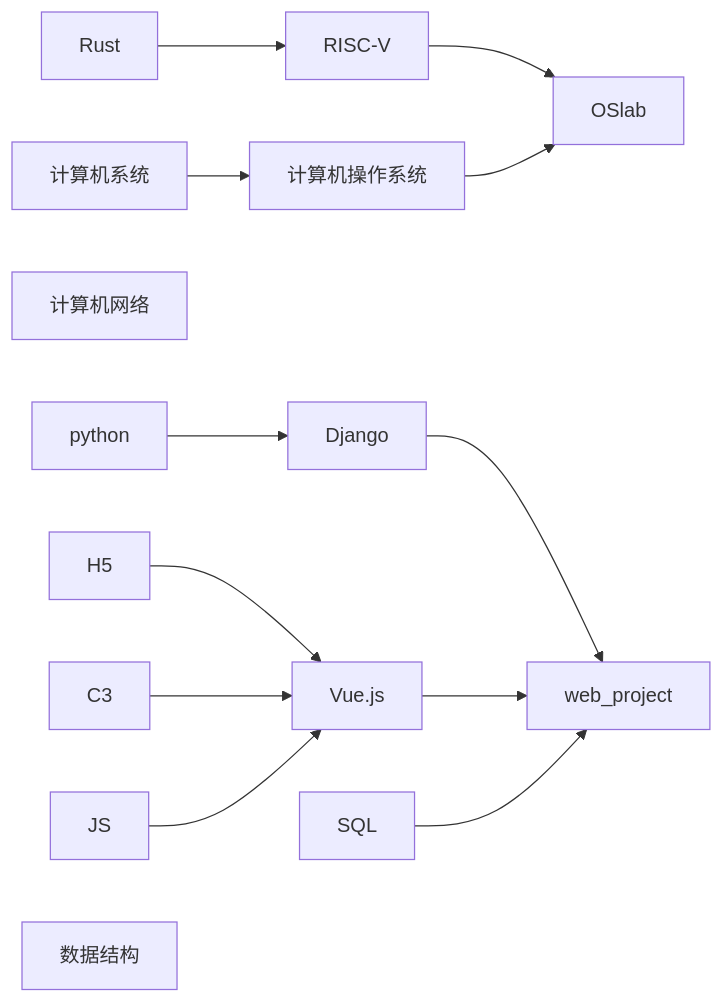
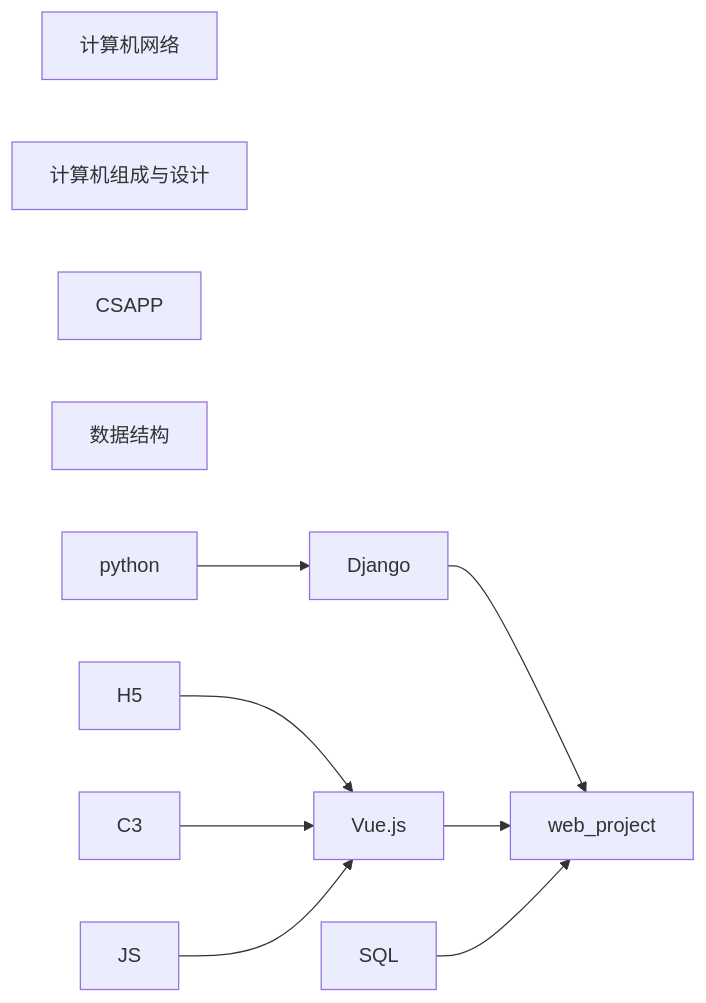
Before and after one commit to Real-king-Ph/rkNote: the diagram in index.md, drawn with Mermaid. The commit also changed other lines of this file, not shown here.

````diff
--- a/index.md
+++ b/index.md
@@ -31,11 +31,10 @@
 ```mermaid
 flowchart LR
-Rust --> RISC-V 
-计算机系统 --> 计算机操作系统
-RISC-V & 计算机操作系统 --> OSlab
 计算机网络
+计算机组成与设计
+CSAPP
+数据结构
 python --> Django
 H5 & C3 & JS --> Vue.js
 Django & Vue.js & SQL--> web_project
-数据结构
 ```
````
